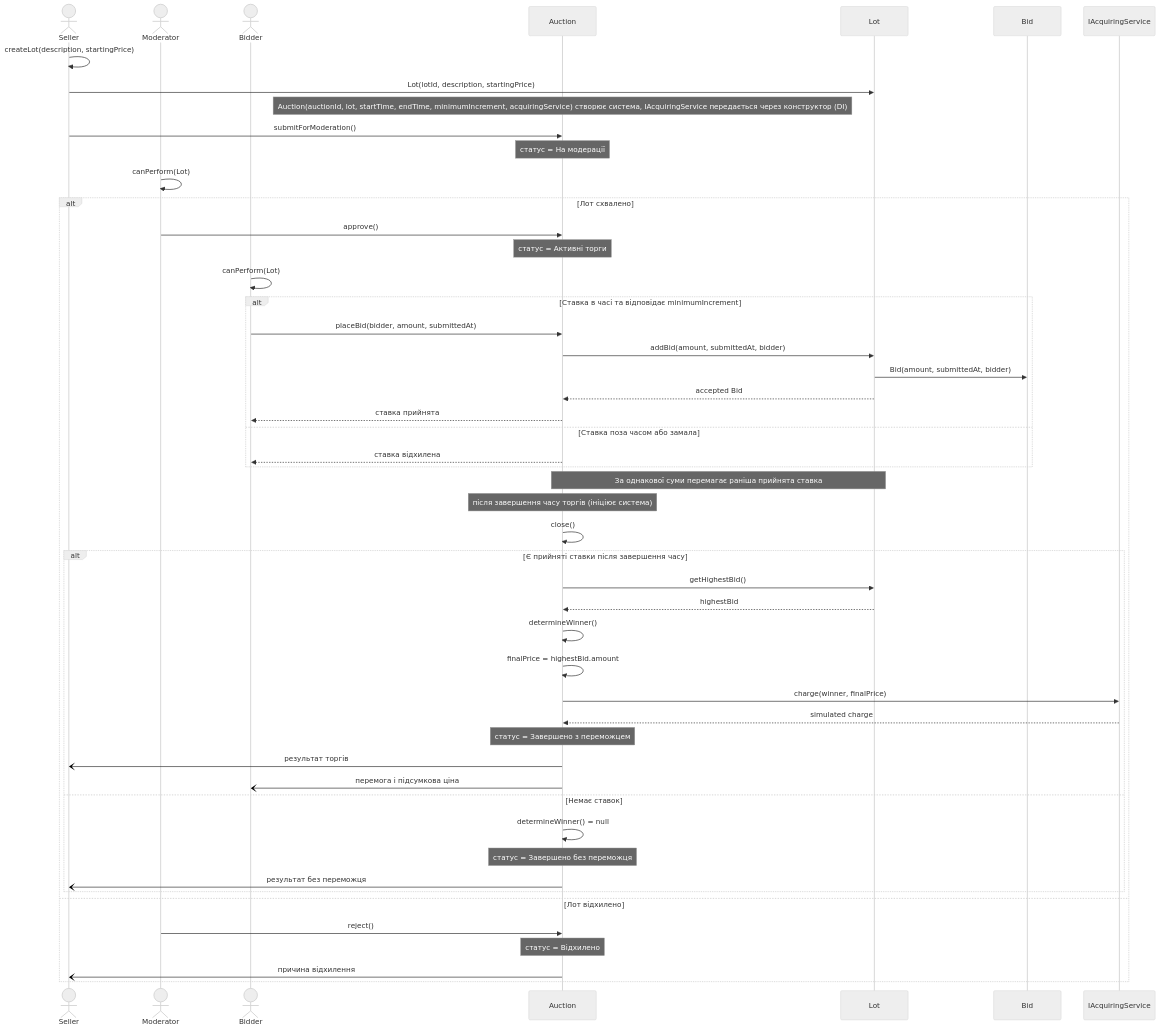
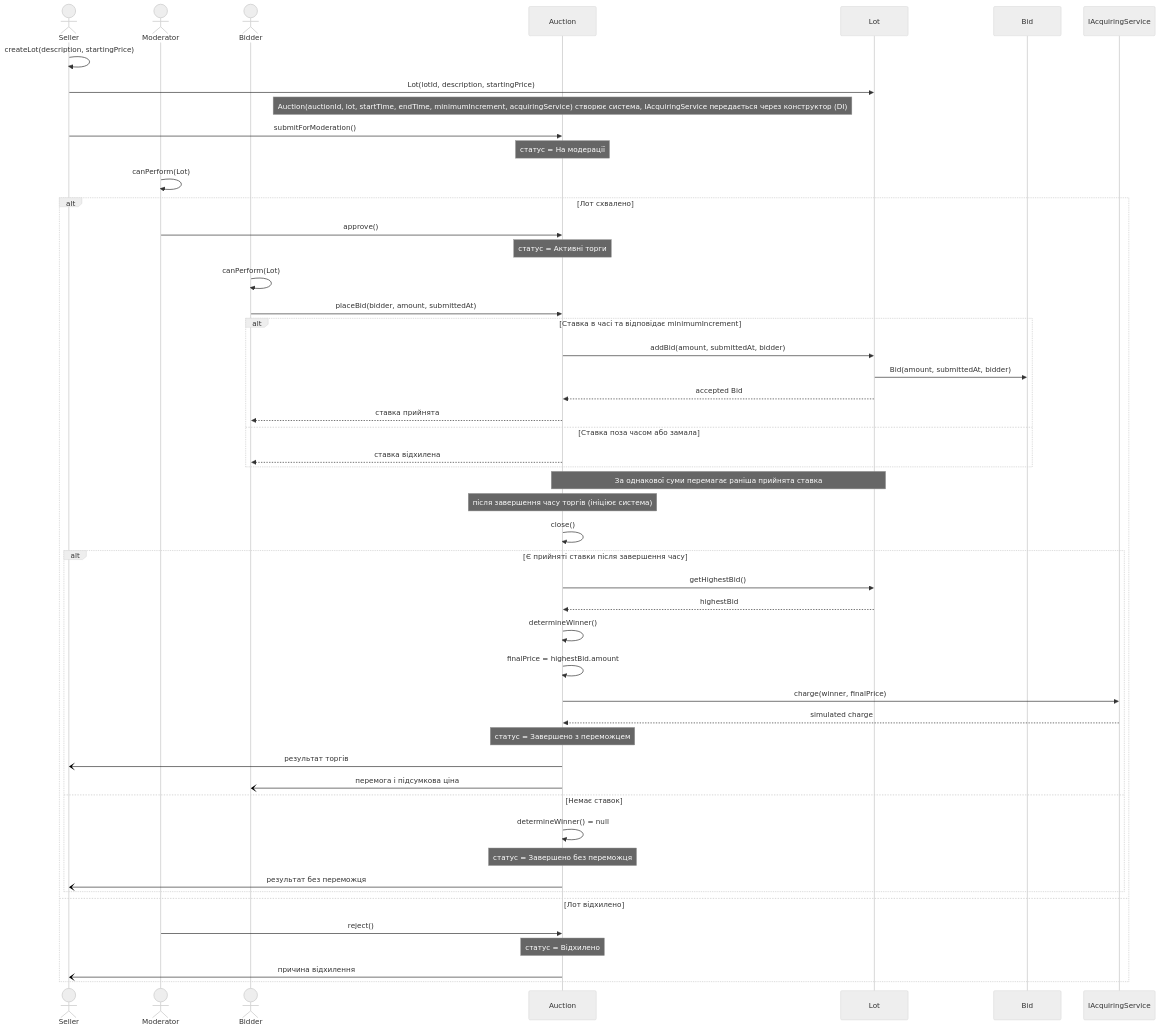
One commit to KitoragiVioleta/onlineauction changed the diagram in docs/sequence.mmd. Above: the diagram before and after it, drawn with Mermaid (neutral theme).

Commit message:
fix: placeBid before acceptance check in sequence diagram

```diff
--- a/docs/sequence.mmd
+++ b/docs/sequence.mmd
@@ -1,51 +1,51 @@
 sequenceDiagram
   actor Seller
   actor Moderator
   actor Bidder
   participant Auction
   participant Lot
   participant Bid
   participant IAcquiringService
 
   Seller->>Seller: createLot(description, startingPrice)
   Seller->>Lot: Lot(lotId, description, startingPrice)
   Note over Auction: Auction(auctionId, lot, startTime, endTime, minimumIncrement, acquiringService) створює система, IAcquiringService передається через конструктор (DI)
   Seller->>Auction: submitForModeration()
   Note over Auction: статус = На модерації
   Moderator->>Moderator: canPerform(Lot)
   alt Лот схвалено
     Moderator->>Auction: approve()
     Note over Auction: статус = Активні торги
     Bidder->>Bidder: canPerform(Lot)
+    Bidder->>Auction: placeBid(bidder, amount, submittedAt)
     alt Ставка в часі та відповідає minimumIncrement
-      Bidder->>Auction: placeBid(bidder, amount, submittedAt)
       Auction->>Lot: addBid(amount, submittedAt, bidder)
       Lot->>Bid: Bid(amount, submittedAt, bidder)
       Lot-->>Auction: accepted Bid
       Auction-->>Bidder: ставка прийнята
     else Ставка поза часом або замала
       Auction-->>Bidder: ставка відхилена
     end
     Note over Auction,Lot: За однакової суми перемагає раніша прийнята ставка
     Note over Auction: після завершення часу торгів (ініціює система)
     Auction->>Auction: close()
     alt Є прийняті ставки після завершення часу
       Auction->>Lot: getHighestBid()
       Lot-->>Auction: highestBid
       Auction->>Auction: determineWinner()
       Auction->>Auction: finalPrice = highestBid.amount
       Auction->>IAcquiringService: charge(winner, finalPrice)
       IAcquiringService-->>Auction: simulated charge
       Note over Auction: статус = Завершено з переможцем
       Auction-)Seller: результат торгів
       Auction-)Bidder: перемога і підсумкова ціна
     else Немає ставок
       Auction->>Auction: determineWinner() = null
       Note over Auction: статус = Завершено без переможця
       Auction-)Seller: результат без переможця
     end
   else Лот відхилено
     Moderator->>Auction: reject()
     Note over Auction: статус = Відхилено
     Auction-)Seller: причина відхилення
   end
```
